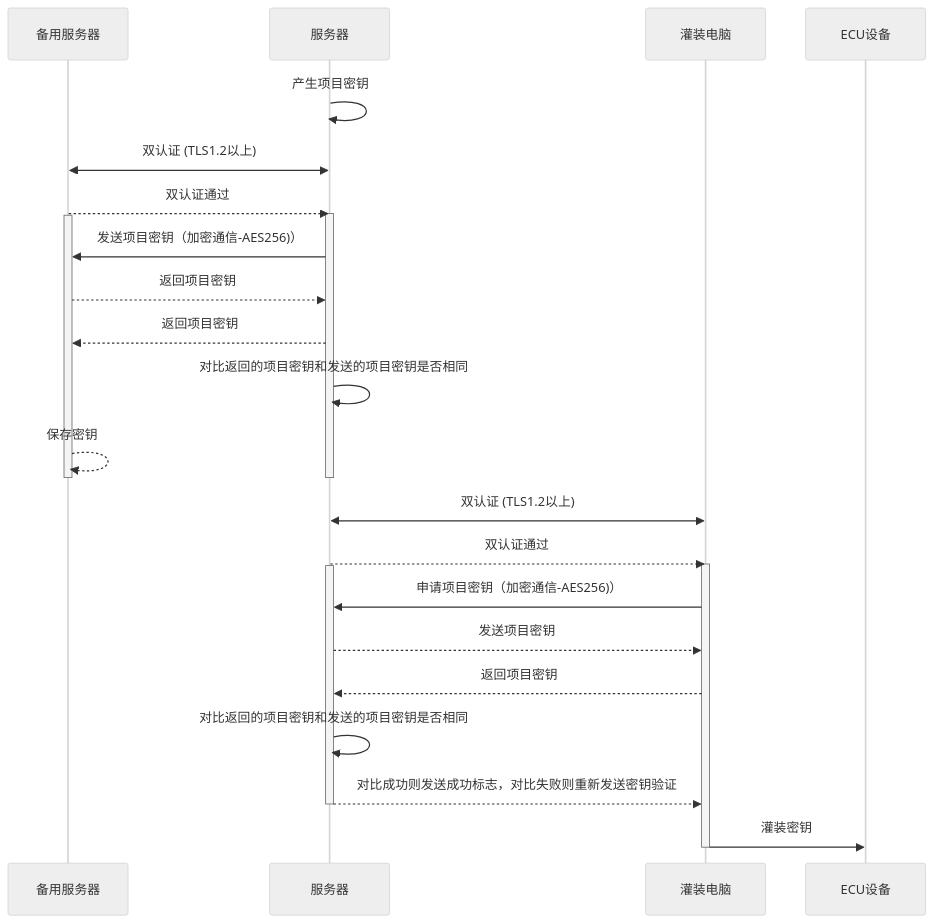
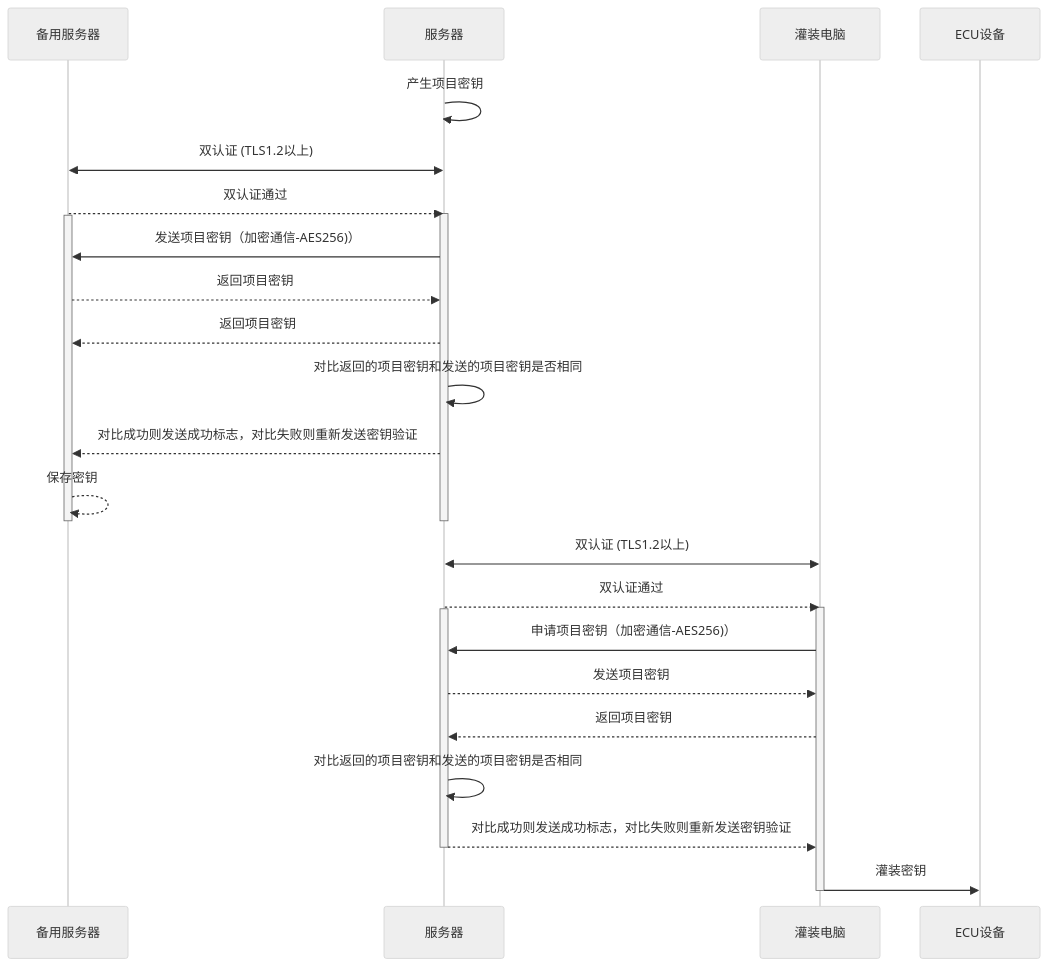
The diagram in all/未命名-10.md (facebook-cloud/iodraw-files), drawn with Mermaid (neutral theme) before and after one commit.

Commit message:
2026-01-15 11:29:06 update

````diff
--- a/all/未命名-10.md
+++ b/all/未命名-10.md
@@ -1,34 +1,35 @@
 ```mermaid
 sequenceDiagram
     participant B as 备用服务器
     participant A as 服务器
     participant C as 灌装电脑
     participant D as ECU设备
 
     A->>A: 产生项目密钥
     A<<->>B: 双认证 (TLS1.2以上)
     B-->>A: 双认证通过
     activate A
     activate B
     A->>B: 发送项目密钥（加密通信-AES256)）
     B-->>A: 返回项目密钥
     A-->>B: 返回项目密钥
     A->>A: 对比返回的项目密钥和发送的项目密钥是否相同
+    A-->>B: 对比成功则发送成功标志，对比失败则重新发送密钥验证
     B-->>B: 保存密钥
     deactivate B
     deactivate A
 
     C<<->>A: 双认证 (TLS1.2以上)
     A-->>C: 双认证通过
     activate C
     activate A
     C->>A: 申请项目密钥（加密通信-AES256)）
     A-->>C: 发送项目密钥
     C-->>A: 返回项目密钥
     A->>A: 对比返回的项目密钥和发送的项目密钥是否相同
     A-->>C: 对比成功则发送成功标志，对比失败则重新发送密钥验证
     deactivate A
     C->>D: 灌装密钥
     deactivate C
 
 ```
````
